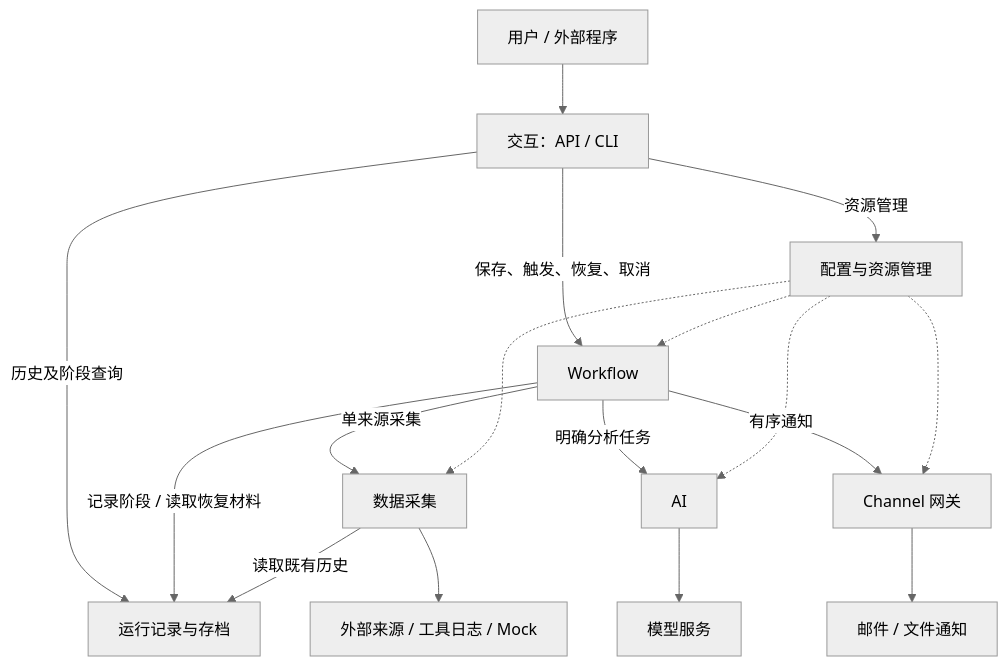
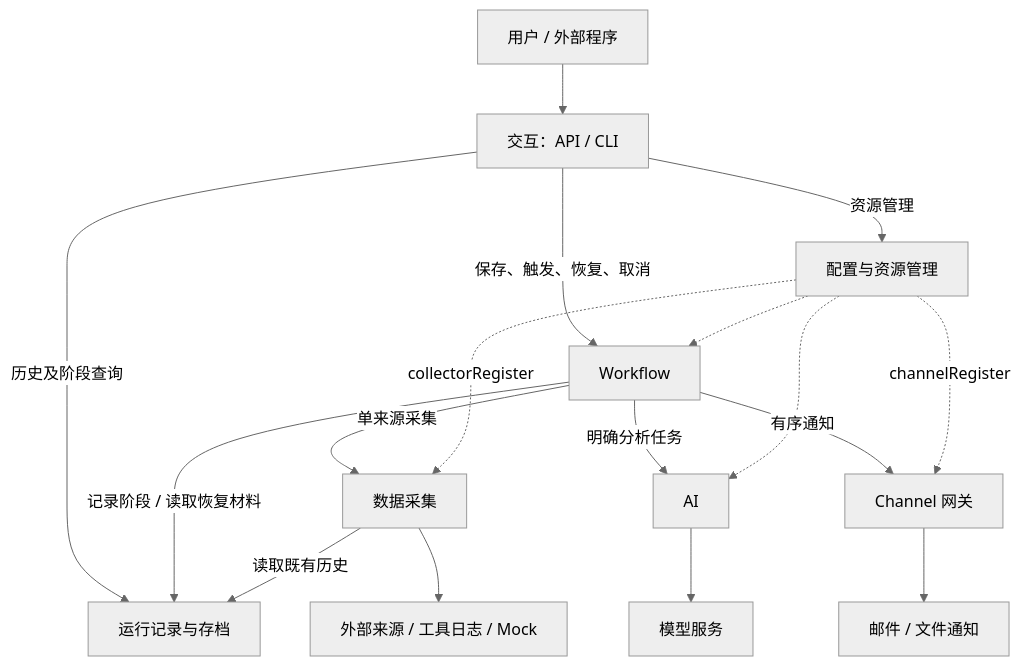
Before and after one commit to striiiiiing/WorkFLowWeave: the first of 2 diagrams in openspec/changes/configurable-collection-analysis-workflow/design.md, drawn with Mermaid (neutral theme). The commit also changed other lines of this file and 3 other files, not shown here.

````diff
--- a/openspec/changes/configurable-collection-analysis-workflow/design.md
+++ b/openspec/changes/configurable-collection-analysis-workflow/design.md
@@ -29,19 +29,19 @@
 ```mermaid
 flowchart TB
     User[用户 / 外部程序] --> Interaction[交互：API / CLI]
     Interaction -->|保存、触发、恢复、取消| Workflow[Workflow]
     Interaction -->|资源管理| Config[配置与资源管理]
     Interaction -->|历史及阶段查询| Archive[运行记录与存档]
     Workflow -->|单来源采集| Collection[数据采集]
     Workflow -->|明确分析任务| AI[AI]
     Workflow -->|有序通知| Gateway[Channel 网关]
     Workflow -->|记录阶段 / 读取恢复材料| Archive
     Collection -->|读取既有历史| Archive
     Config -.-> Workflow
-    Config -.-> Collection
+    Config -.->|collectorRegister| Collection
     Config -.-> AI
-    Config -.-> Gateway
+    Config -.->|channelRegister| Gateway
     Collection --> Sources[外部来源 / 工具日志 / Mock]
     AI --> Models[模型服务]
     Gateway --> Destinations[邮件 / 文件通知]
 ```
````
